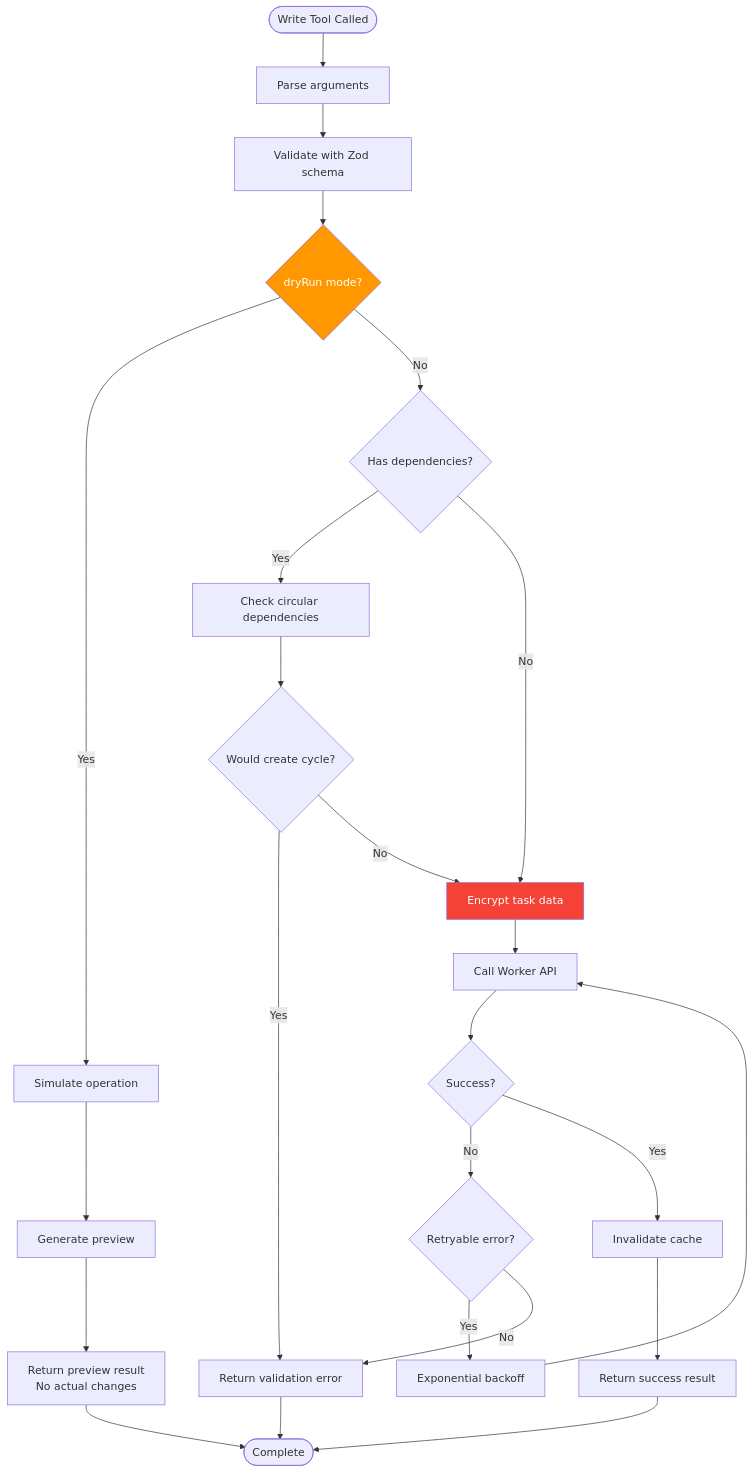
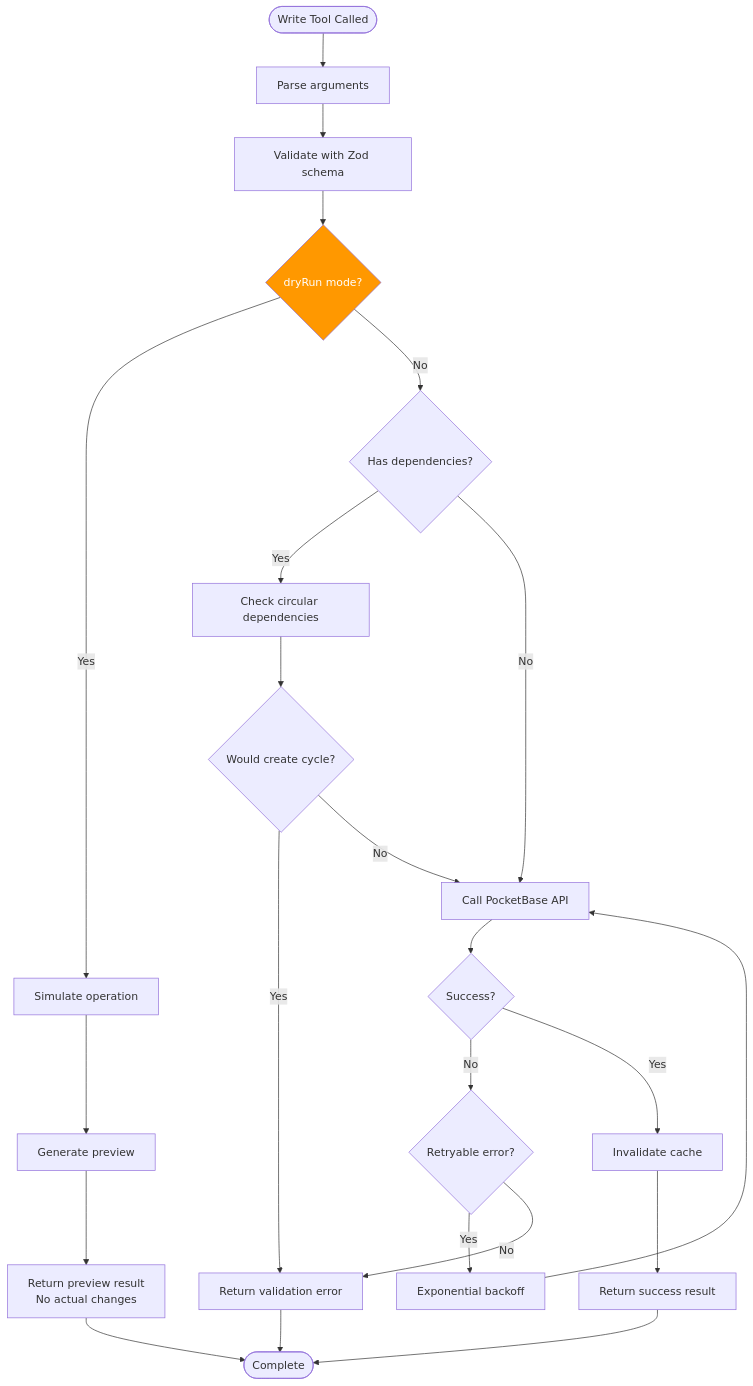
The fifth of 14 diagrams in MCP_ARCHITECTURE.md (vscarpenter/gsd-task-manager), drawn with Mermaid before and after one commit. The commit also changed other lines of this file and 34 other files, not shown here.

Commit message:
chore: remove stale Cloudflare/Supabase references after PocketBase migration (#150)

````diff
--- a/MCP_ARCHITECTURE.md
+++ b/MCP_ARCHITECTURE.md
@@ -209,40 +190,37 @@
 ```mermaid
 flowchart TD
     START([Write Tool Called]) --> PARSE[Parse arguments]
 
     PARSE --> VALIDATE[Validate with Zod schema]
     VALIDATE --> DRY{dryRun mode?}
 
     DRY -->|Yes| SIMULATE[Simulate operation]
     SIMULATE --> PREVIEW[Generate preview]
     PREVIEW --> RESPONSE_DRY[Return preview result<br/>No actual changes]
 
     DRY -->|No| DEPS{Has dependencies?}
 
     DEPS -->|Yes| CHECK_CIRCULAR[Check circular dependencies]
     CHECK_CIRCULAR --> CIRCULAR{Would create cycle?}
 
     CIRCULAR -->|Yes| ERROR[Return validation error]
-    CIRCULAR -->|No| ENCRYPT
+    CIRCULAR -->|No| API_CALL
 
-    DEPS -->|No| ENCRYPT[Encrypt task data]
-
-    ENCRYPT --> API_CALL[Call Worker API]
+    DEPS -->|No| API_CALL[Call PocketBase API]
 
     API_CALL --> SUCCESS{Success?}
 
     SUCCESS -->|No| RETRY{Retryable error?}
     RETRY -->|Yes| BACKOFF[Exponential backoff]
     BACKOFF --> API_CALL
     RETRY -->|No| ERROR
 
     SUCCESS -->|Yes| INVALIDATE[Invalidate cache]
     INVALIDATE --> RESPONSE[Return success result]
 
     RESPONSE_DRY --> DONE([Complete])
     RESPONSE --> DONE
     ERROR --> DONE
 
     style DRY fill:#FF9800,color:white
-    style ENCRYPT fill:#F44336,color:white
 ```
````
